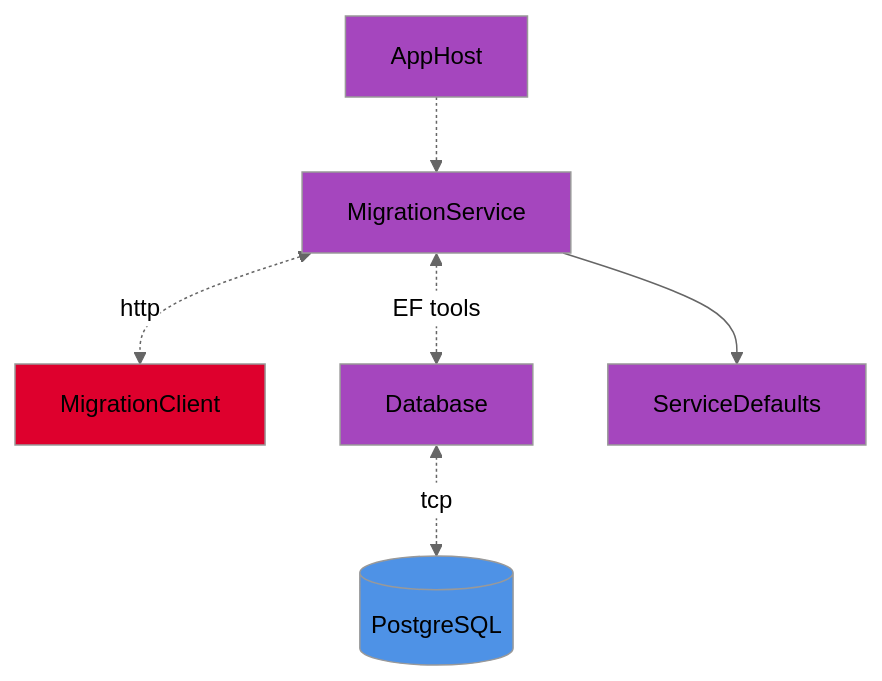
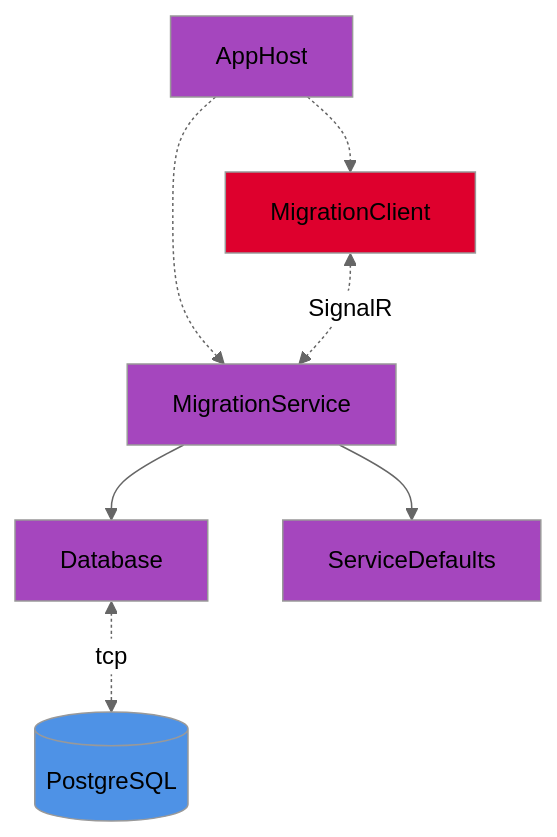
The third of 3 diagrams in src/AstraStock/AppHost/README.md (RafaMadera18/CS_Equipo4), drawn with Mermaid (neutral theme) before and after one commit. The commit also changed other lines of this file, not shown here.

Commit message:
Update AppHost docs

````diff
--- a/src/AstraStock/AppHost/README.md
+++ b/src/AstraStock/AppHost/README.md
@@ -88,15 +88,16 @@
 ```mermaid
 graph TD
     style AppHost fill:#a546be
     style MigrationService fill:#a546be
-    style MigrationClient fill:#de002d
     style Database fill:#a546be
     style ServiceDefaults fill:#a546be
+    style MigrationClient fill:#de002d
     style db fill:#4e92e6
 
+    AppHost -.-> MigrationClient
     AppHost -.-> MigrationService
+    MigrationService --> Database
     MigrationService --> ServiceDefaults
-    MigrationService <-.->|http| MigrationClient
-    MigrationService <-.->|EF tools| Database
+    MigrationClient <-.->|SignalR| MigrationService
     Database <-.->|tcp| db[(PostgreSQL)]
 ```
````
